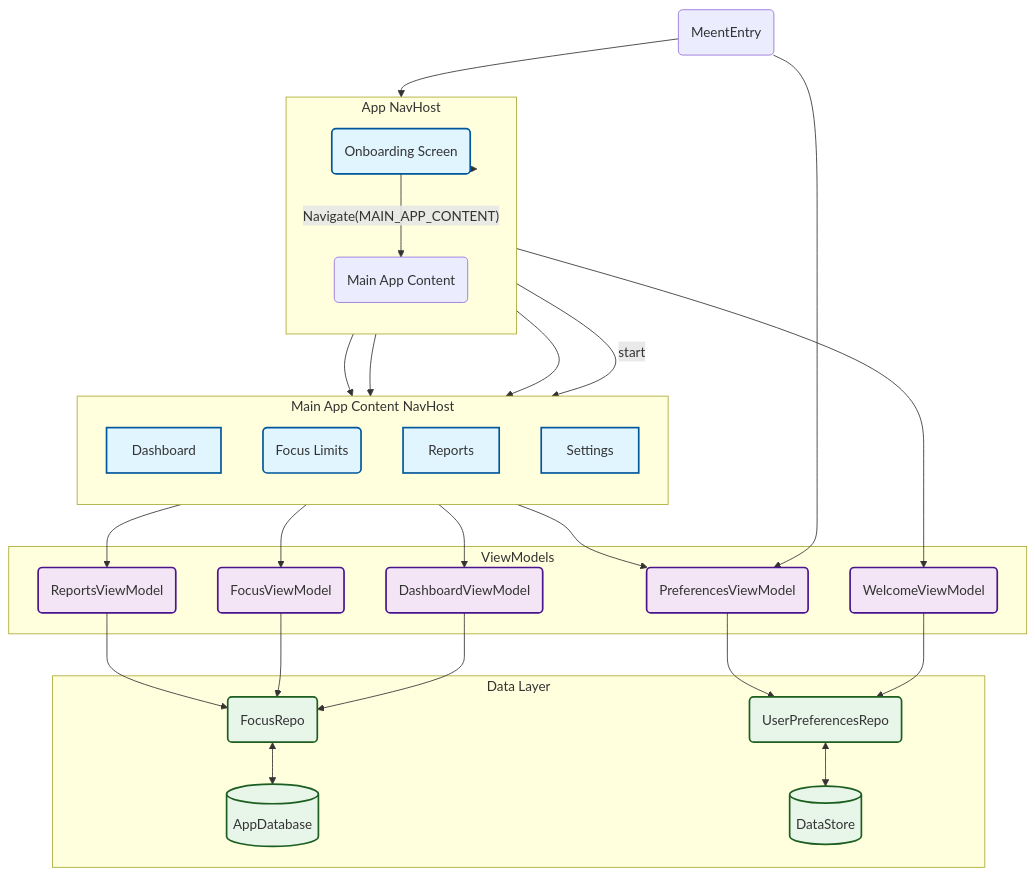
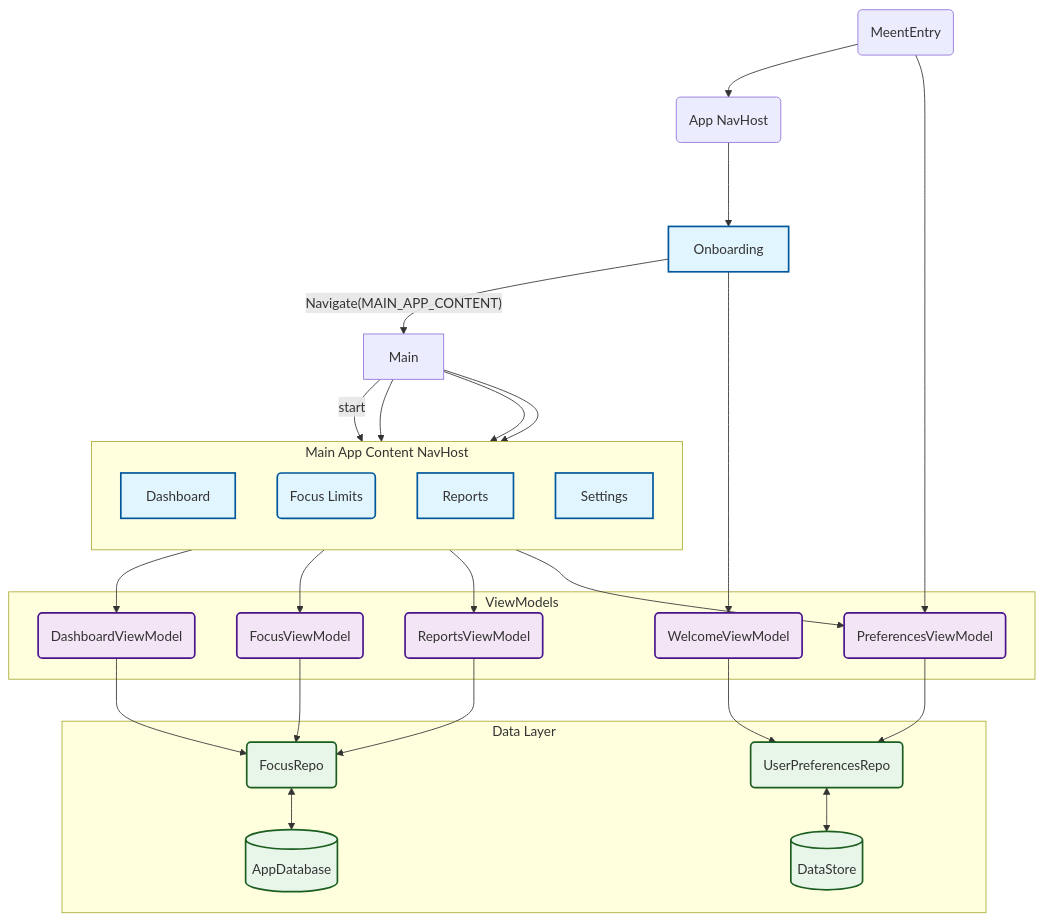
Before and after one commit to slateblua/Meent: the diagram in README.md, drawn with Mermaid.

````diff
--- a/README.md
+++ b/README.md
@@ -5,70 +5,64 @@
 ```mermaid
 graph TD
     Entry(MeentEntry) --> AppHost(App NavHost)
     
     %% Data Layer
     subgraph DataLayer ["Data Layer"]
         FocusRepo(FocusRepo)
         UserPrefs(UserPreferencesRepo)
         DB[(AppDatabase)]
         DS[(DataStore)]
         
         FocusRepo <--> DB
         UserPrefs <--> DS
-    end
-
-    subgraph AppHost ["App NavHost"]
-        direction TB
-        Onboarding(Onboarding Screen)
-        Main(Main App Content)
     end
     
     AppHost ---> Onboarding
     Onboarding -- "Navigate(MAIN_APP_CONTENT)" --> Main
     
     %% ViewModels
     subgraph ViewModels ["ViewModels"]
         WelcomeVM(WelcomeViewModel)
         DashboardVM(DashboardViewModel)
         FocusVM(FocusViewModel)
         ReportsVM(ReportsViewModel)
         PrefsVM(PreferencesViewModel)
     end
 
     subgraph MainContent ["Main App Content NavHost"]
         direction TB
         Dashboard
         Focus(Focus Limits)
         Reports
         Settings
     end
     
     Main -- start --> Dashboard
     Main --> Focus
     Main --> Reports
     Main --> Settings
 
     %% ViewModel to View connections
     Onboarding --> WelcomeVM
     Dashboard --> DashboardVM
     Focus --> FocusVM
     Reports --> ReportsVM
     Settings --> PrefsVM
     Entry --> PrefsVM
 
     %% ViewModel to Data Layer connections
     WelcomeVM --> UserPrefs
     DashboardVM --> FocusRepo
     FocusVM --> FocusRepo
     ReportsVM --> FocusRepo
     PrefsVM --> UserPrefs
 
     %% Styling
     classDef screen fill:#e1f5fe,stroke:#01579b,stroke-width:2px;
     classDef vm fill:#f3e5f5,stroke:#4a148c,stroke-width:2px;
     classDef data fill:#e8f5e9,stroke:#1b5e20,stroke-width:2px;
     
     class Onboarding,Dashboard,Focus,Reports,Settings screen
     class WelcomeVM,DashboardVM,FocusVM,ReportsVM,PrefsVM vm
     class FocusRepo,UserPrefs,DB,DS data
 ```
````
